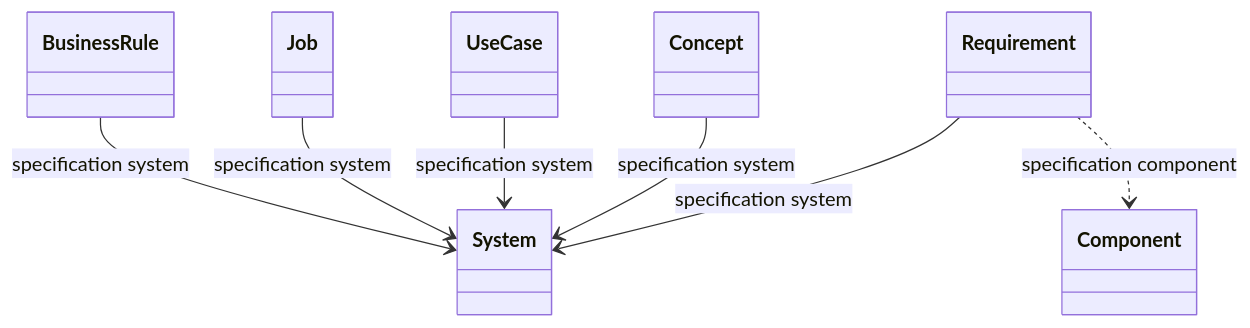
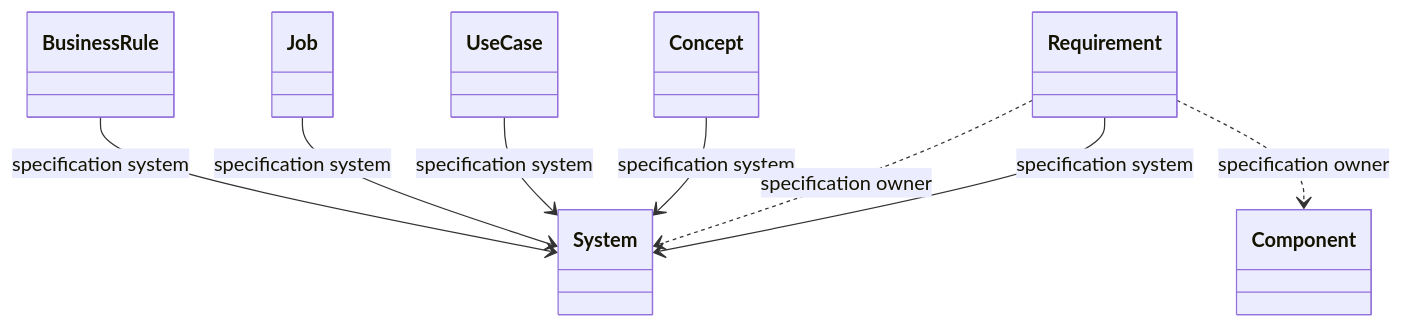
One commit to craigsmitham/dotspec changed the third of 18 diagrams in docs/reference/model/core.md. Above: the diagram before and after it, drawn with Mermaid. The commit also changed other lines of this file and 158 other files, not shown here.

````diff
--- a/docs/reference/model/core.md
+++ b/docs/reference/model/core.md
@@ -92,17 +90,18 @@
 ```mermaid
 classDiagram
     direction TB
     class System
     class Component
     class BusinessRule
     class Job
     class UseCase
     class Concept
     class Requirement
     BusinessRule --> System : specification system
     Job --> System : specification system
     UseCase --> System : specification system
     Concept --> System : specification system
-    Requirement ..> Component : specification component
+    Requirement ..> System : specification owner
+    Requirement ..> Component : specification owner
     Requirement --> System : specification system
 ```
````
